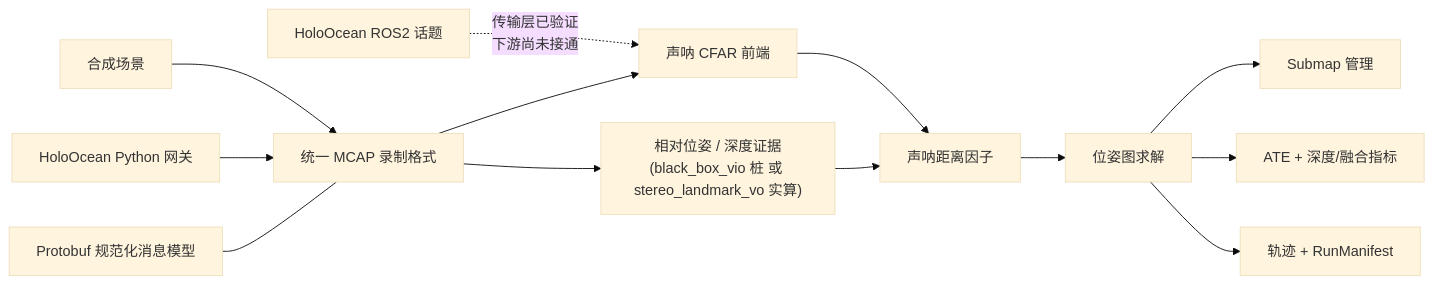
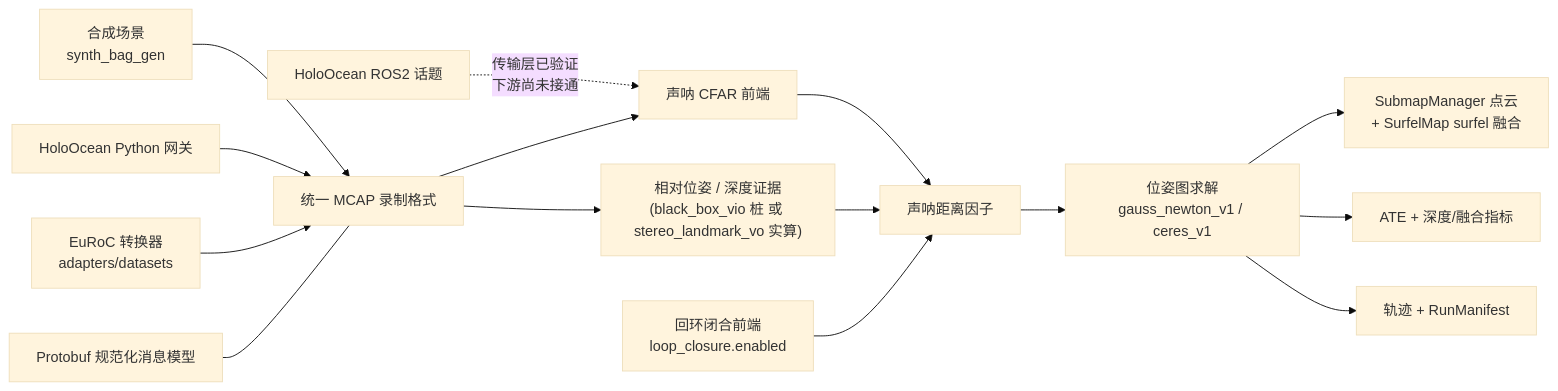
Before and after one commit to PengBY91/uw_slam: the second of 3 diagrams in README.md, drawn with Mermaid (base theme). The commit also changed other lines of this file and 2 other files, not shown here.

````diff
--- a/README.md
+++ b/README.md
@@ -191,16 +364,18 @@
 ```mermaid
 flowchart LR
-    SYN[合成场景] --> MCAP[统一 MCAP 录制格式]
+    SYN[合成场景<br/>synth_bag_gen] --> MCAP[统一 MCAP 录制格式]
     HOP[HoloOcean Python 网关] --> MCAP
+    EUC[EuRoC 转换器<br/>adapters/datasets] --> MCAP
     HOR[HoloOcean ROS2 话题] -. 传输层已验证<br/>下游尚未接通 .-> FE
 
     PB[Protobuf 规范化消息模型] --- MCAP
     MCAP --> FE[声呐 CFAR 前端]
     MCAP --> ODO["相对位姿 / 深度证据<br/>(black_box_vio 桩 或 stereo_landmark_vo 实算)"]
     FE --> FACTOR[声呐距离因子]
     ODO --> FACTOR
-    FACTOR --> EST[位姿图求解]
-    EST --> MAP[Submap 管理]
+    LC[回环闭合前端<br/>loop_closure.enabled] --> FACTOR
+    FACTOR --> EST["位姿图求解<br/>gauss_newton_v1 / ceres_v1"]
+    EST --> MAP["SubmapManager 点云<br/>+ SurfelMap surfel 融合"]
     EST --> EVAL[ATE + 深度/融合指标]
     EST --> OUT[轨迹 + RunManifest]
 ```
````
